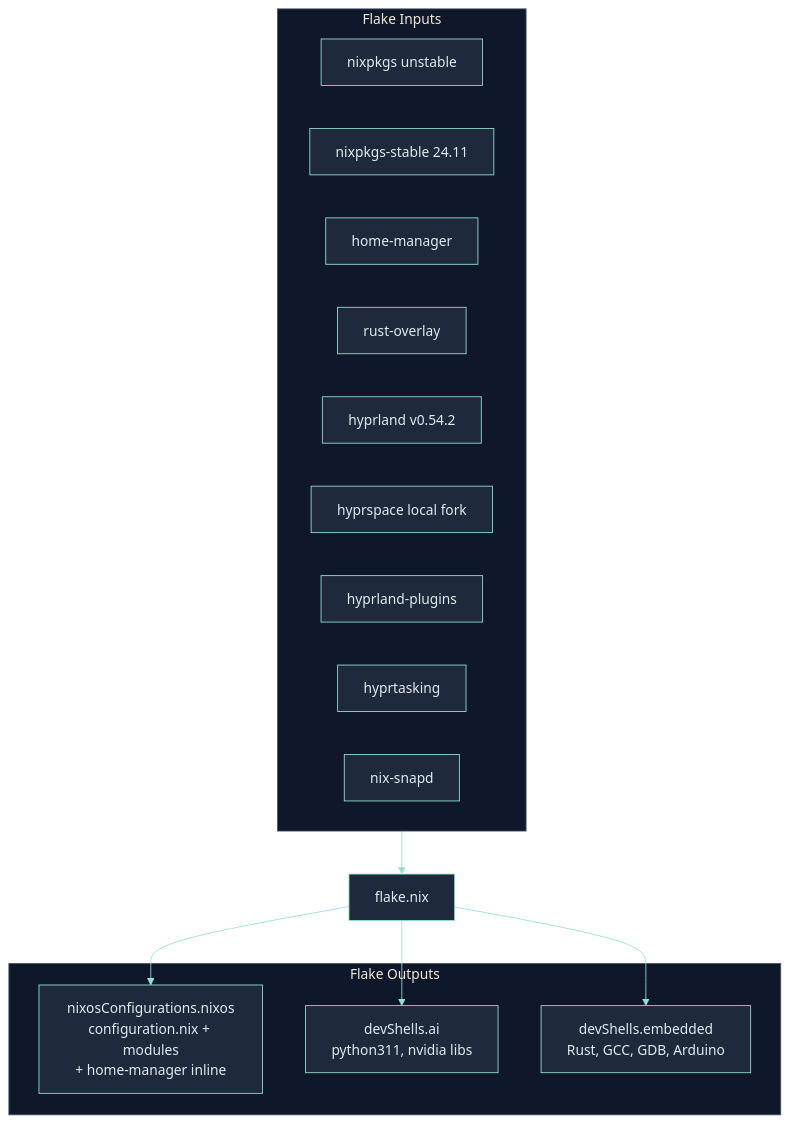
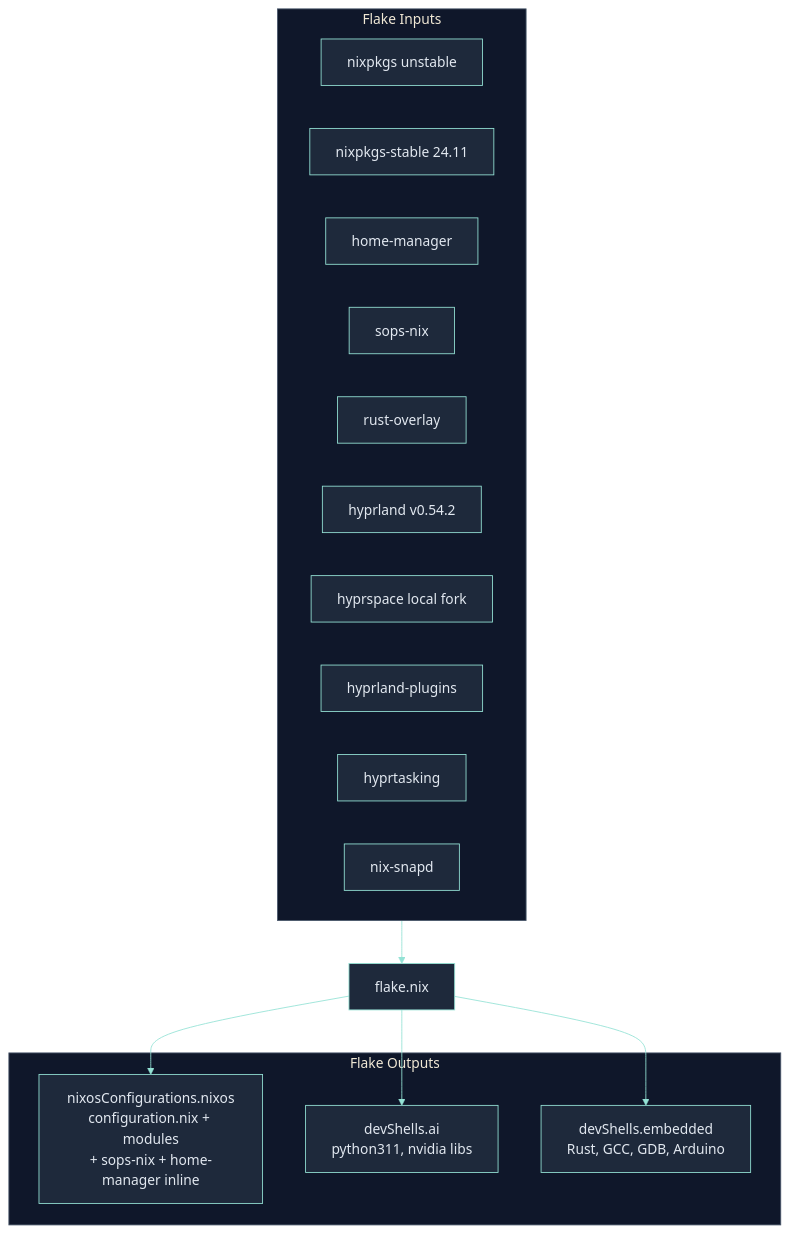
The first of 8 diagrams in docs/README.md (RomeoCavazza/nixos-config), drawn with Mermaid before and after one commit. The commit also changed other lines of this file and 5 other files, not shown here.

````diff
--- a/docs/README.md
+++ b/docs/README.md
@@ -11,28 +11,29 @@
 ```mermaid
 %%{init: {'theme': 'base', 'themeVariables': { 'primaryColor': '#1e293b', 'secondaryColor': '#0f172a', 'tertiaryColor': '#0f172a', 'primaryBorderColor': '#94e2d5', 'lineColor': '#94e2d5', 'primaryTextColor': '#e2e8f0', 'clusterBkg': '#0f172a', 'clusterBorder': '#475569' }}}%%
 flowchart TD
   subgraph in["Flake Inputs"]
     np[nixpkgs unstable]
     nps[nixpkgs-stable 24.11]
     hm[home-manager]
+    snx[sops-nix]
     ro[rust-overlay]
     hl[hyprland v0.54.2]
     hs[hyprspace local fork]
     hp[hyprland-plugins]
     ht[hyprtasking]
     sn[nix-snapd]
   end
 
   flake[flake.nix]
 
   subgraph out["Flake Outputs"]
-    sys["nixosConfigurations.nixos\nconfiguration.nix + modules\n+ home-manager inline"]
+    sys["nixosConfigurations.nixos\nconfiguration.nix + modules\n+ sops-nix + home-manager inline"]
     ai["devShells.ai\npython311, nvidia libs"]
     emb["devShells.embedded\nRust, GCC, GDB, Arduino"]
   end
 
   in --> flake
   flake --> sys
   flake --> ai
   flake --> emb
 ```
````
